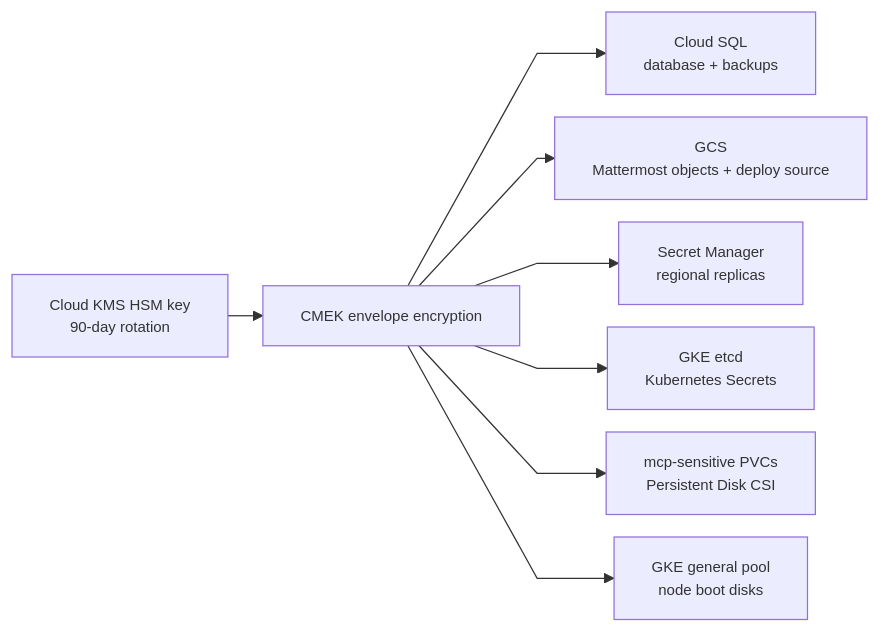
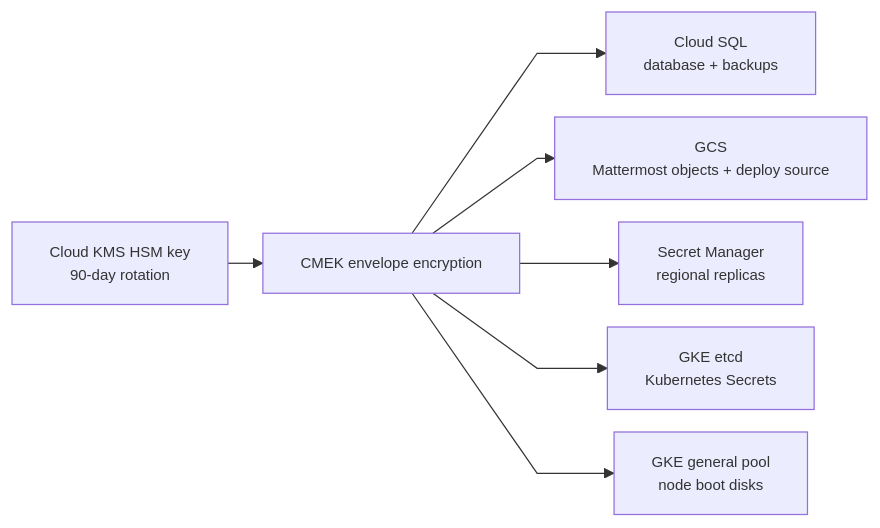
One commit to pilprod/yourown-chat changed the fifth of 10 diagrams in README.md. Above: the diagram before and after it, drawn with Mermaid. The commit also changed other lines of this file and 66 other files, not shown here.

````diff
--- a/README.md
+++ b/README.md
@@ -644,11 +644,10 @@
 ```mermaid
 %%{init: {"flowchart": {"nodeSpacing": 18, "rankSpacing": 28, "curve": "linear"}, "themeVariables": {"fontSize": "12px"}}}%%
 flowchart LR
   K["Cloud KMS HSM key<br/>90-day rotation"] --> E["CMEK envelope encryption"]
   E --> SQL["Cloud SQL<br/>database + backups"]
   E --> GCS["GCS<br/>Mattermost objects + deploy source"]
   E --> SM["Secret Manager<br/>regional replicas"]
   E --> ETCD["GKE etcd<br/>Kubernetes Secrets"]
-  E --> PVC["mcp-sensitive PVCs<br/>Persistent Disk CSI"]
   E --> ND["GKE general pool<br/>node boot disks"]
 ```
````
